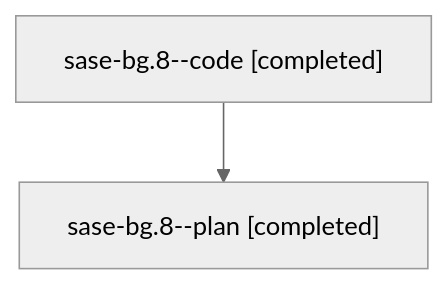
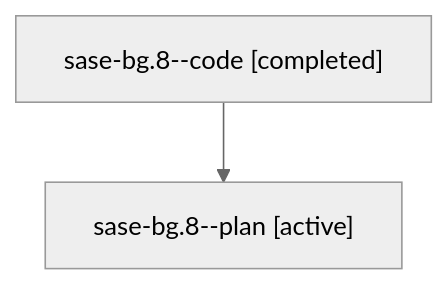
Before and after one commit to sase-org/sase--agents: the diagram in families/bbugyi200.athena.sase-bg.8.md, drawn with Mermaid (neutral theme). The commit also changed other lines of this file and 5813 other files, not shown here.

````diff
--- a/families/bbugyi200.athena.sase-bg.8.md
+++ b/families/bbugyi200.athena.sase-bg.8.md
@@ -9,6 +9,6 @@
 ```mermaid
 flowchart TD
   n0["sase-bg.8--code [completed]"]
-  n1["sase-bg.8--plan [completed]"]
+  n1["sase-bg.8--plan [active]"]
   n0 --> n1
 ```
````
